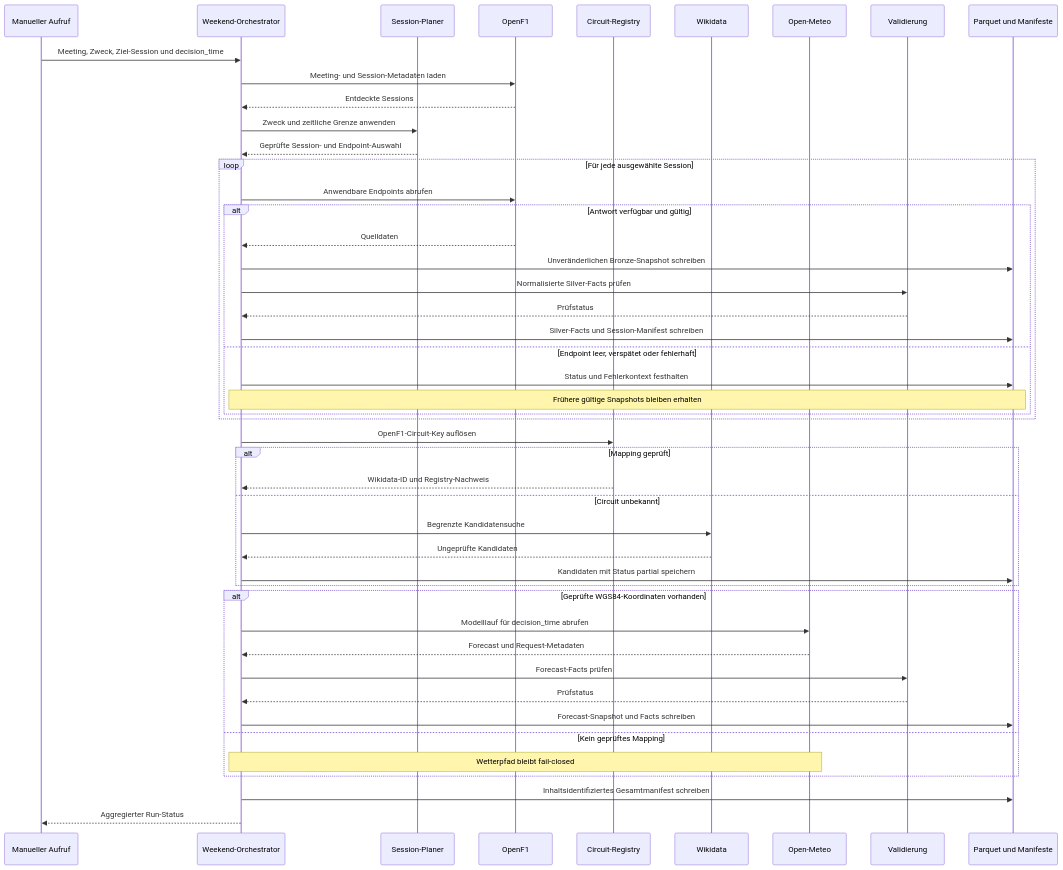
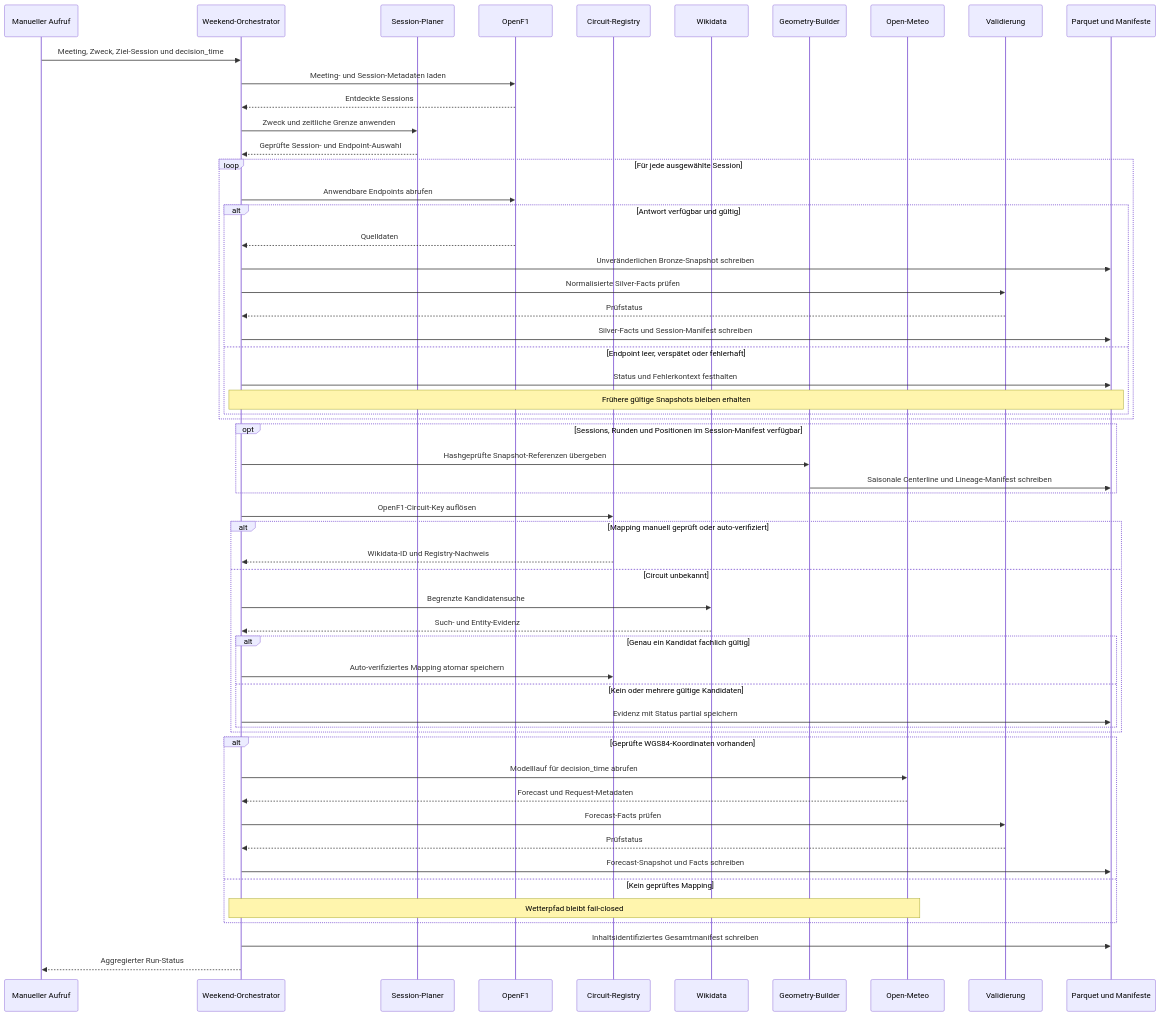
The first of 2 diagrams in docs/projektdokumentation.md (vvleo23/f1-strat), drawn with Mermaid before and after one commit. The commit also changed other lines of this file and 20 other files, not shown here.

````diff
--- a/docs/projektdokumentation.md
+++ b/docs/projektdokumentation.md
@@ -38,54 +38,64 @@
 ```mermaid
 sequenceDiagram
 	participant Aufruf as Manueller Aufruf
 	participant Orchestrator as Weekend-Orchestrator
 	participant Planner as Session-Planer
 	participant OpenF1
 	participant Registry as Circuit-Registry
 	participant Wikidata
+	participant Geometry as Geometry-Builder
 	participant OpenMeteo as Open-Meteo
 	participant Validierung
 	participant Ablage as Parquet und Manifeste
 
 	Aufruf->>Orchestrator: Meeting, Zweck, Ziel-Session und decision_time
 	Orchestrator->>OpenF1: Meeting- und Session-Metadaten laden
 	OpenF1-->>Orchestrator: Entdeckte Sessions
 	Orchestrator->>Planner: Zweck und zeitliche Grenze anwenden
 	Planner-->>Orchestrator: Geprüfte Session- und Endpoint-Auswahl
 
 	loop Für jede ausgewählte Session
 		Orchestrator->>OpenF1: Anwendbare Endpoints abrufen
 		alt Antwort verfügbar und gültig
 			OpenF1-->>Orchestrator: Quelldaten
 			Orchestrator->>Ablage: Unveränderlichen Bronze-Snapshot schreiben
 			Orchestrator->>Validierung: Normalisierte Silver-Facts prüfen
 			Validierung-->>Orchestrator: Prüfstatus
 			Orchestrator->>Ablage: Silver-Facts und Session-Manifest schreiben
 		else Endpoint leer, verspätet oder fehlerhaft
 			Orchestrator->>Ablage: Status und Fehlerkontext festhalten
 			Note over Orchestrator,Ablage: Frühere gültige Snapshots bleiben erhalten
 		end
 	end
 
+	opt Sessions, Runden und Positionen im Session-Manifest verfügbar
+		Orchestrator->>Geometry: Hashgeprüfte Snapshot-Referenzen übergeben
+		Geometry->>Ablage: Saisonale Centerline und Lineage-Manifest schreiben
+	end
+
 	Orchestrator->>Registry: OpenF1-Circuit-Key auflösen
-	alt Mapping geprüft
+	alt Mapping manuell geprüft oder auto-verifiziert
 		Registry-->>Orchestrator: Wikidata-ID und Registry-Nachweis
 	else Circuit unbekannt
 		Orchestrator->>Wikidata: Begrenzte Kandidatensuche
-		Wikidata-->>Orchestrator: Ungeprüfte Kandidaten
-		Orchestrator->>Ablage: Kandidaten mit Status partial speichern
+		Wikidata-->>Orchestrator: Such- und Entity-Evidenz
+		alt Genau ein Kandidat fachlich gültig
+			Orchestrator->>Registry: Auto-verifiziertes Mapping atomar speichern
+		else Kein oder mehrere gültige Kandidaten
+			Orchestrator->>Ablage: Evidenz mit Status partial speichern
+		end
 	end
 
 	alt Geprüfte WGS84-Koordinaten vorhanden
 		Orchestrator->>OpenMeteo: Modelllauf für decision_time abrufen
 		OpenMeteo-->>Orchestrator: Forecast und Request-Metadaten
 		Orchestrator->>Validierung: Forecast-Facts prüfen
 		Validierung-->>Orchestrator: Prüfstatus
 		Orchestrator->>Ablage: Forecast-Snapshot und Facts schreiben
 	else Kein geprüftes Mapping
 		Note over Orchestrator,OpenMeteo: Wetterpfad bleibt fail-closed
 	end
 
 	Orchestrator->>Ablage: Inhaltsidentifiziertes Gesamtmanifest schreiben
 	Orchestrator-->>Aufruf: Aggregierter Run-Status
 ```
````
